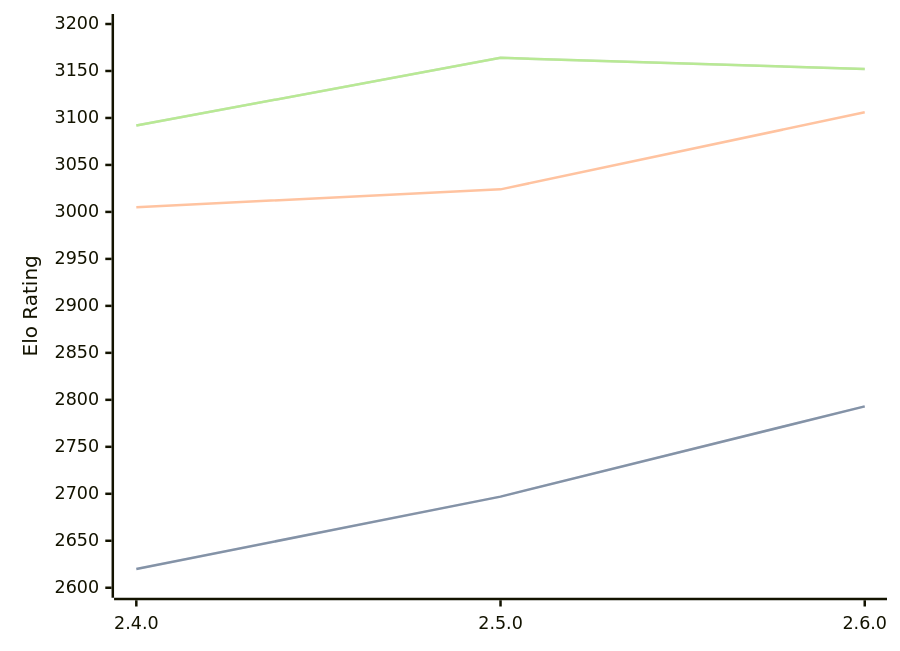
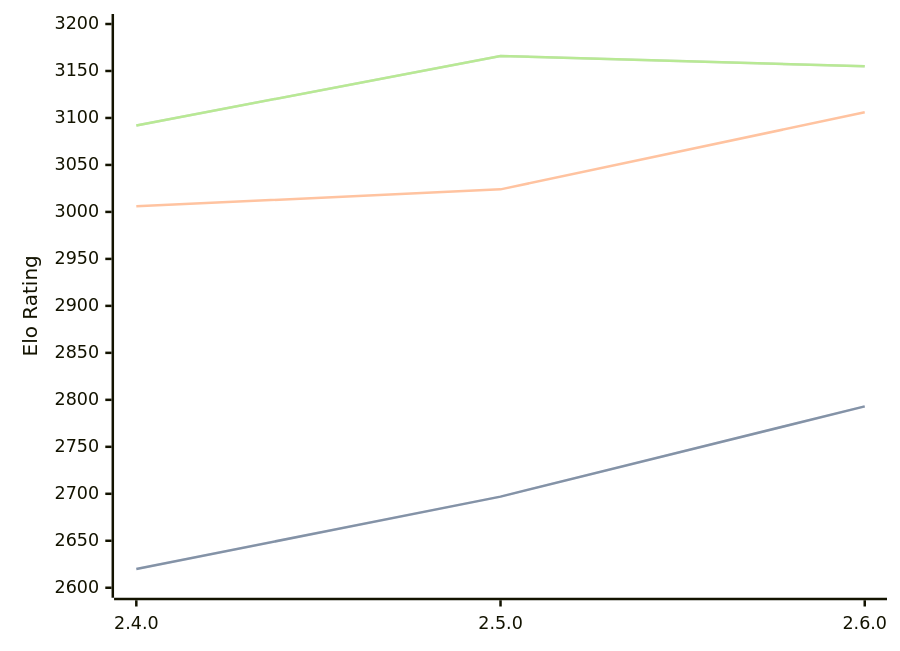
One commit to computer-chess-index/cci changed the diagram in engines/Sturddle2.md. Above: the diagram before and after it, drawn with Mermaid. The commit also changed other lines of this file, not shown here.

Commit message:
Update CCI Ratings (ELO VLTC) - 2026-09-06

````diff
--- a/engines/Sturddle2.md
+++ b/engines/Sturddle2.md
@@ -33,11 +33,11 @@
 ```mermaid
 %%{init: {"theme":"base","themeVariables":{"seriesColors:['#a3a3a3','#222221','#faa371']}}}%%
 xychart-beta
   x-axis ["2.4.0", "2.5.0", "2.6.0"]
   y-axis "Elo Rating" 2600 --> 3200
   line "" [2620, 2697, 2793]
   line "STC (8.0+0.08s)" [2620, 2697, 2793]
-  line "LTC (60.0+0.60s)" [3005, 3024, 3106]
-  line "" [3092, 3164, 3152]
-  line "VLTC (2m24s+1.12s)" [3092, 3164, 3152]
+  line "LTC (60.0+0.60s)" [3006, 3024, 3106]
+  line "" [3092, 3166, 3155]
+  line "VLTC (2m24s+1.12s)" [3092, 3166, 3155]
 ```
````
